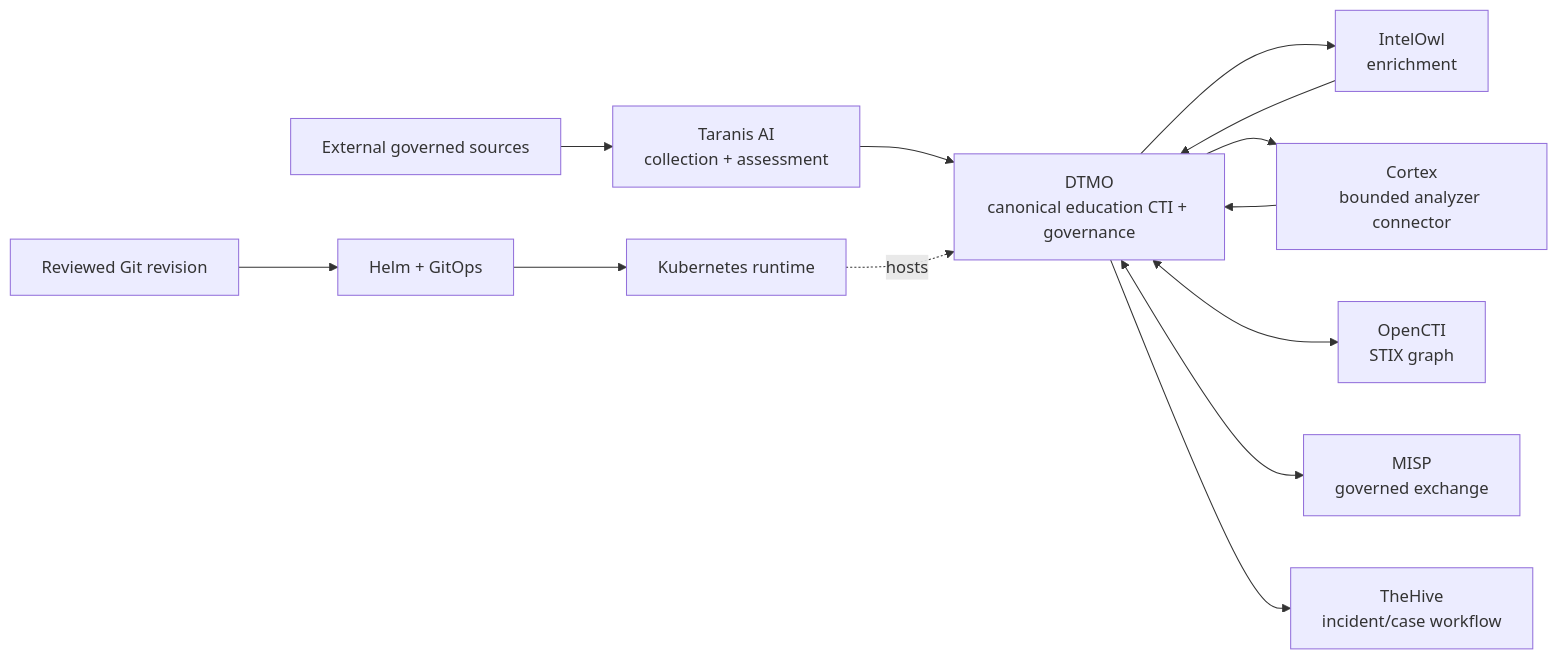
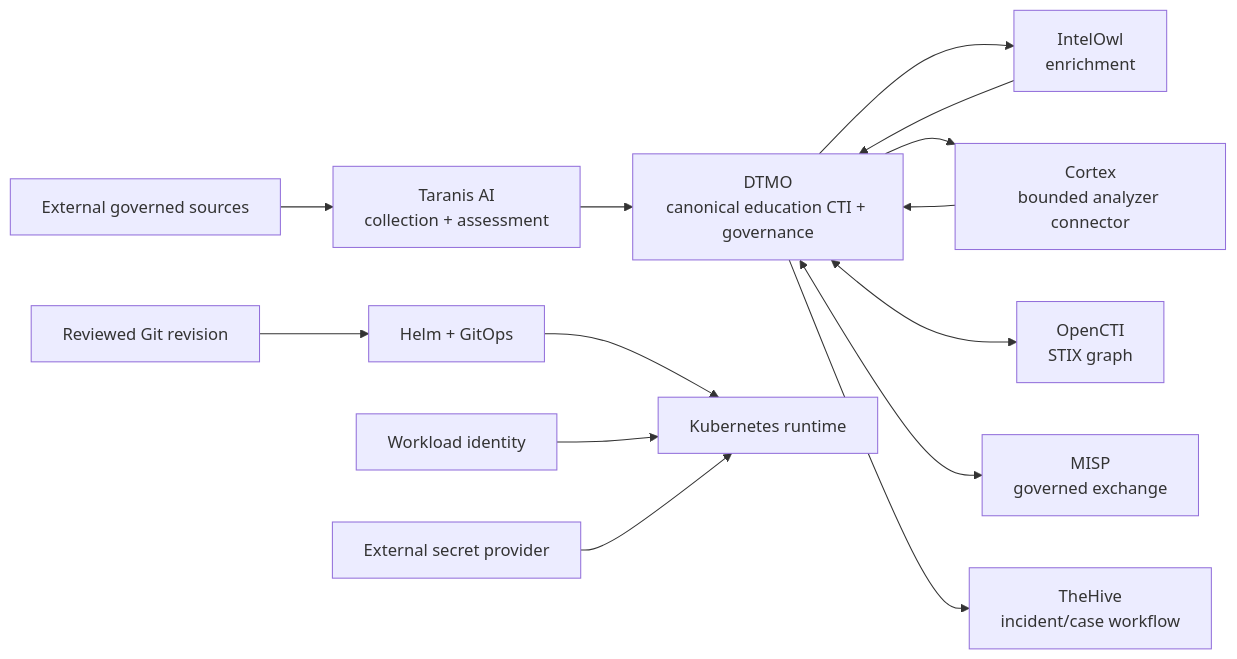
One commit to GJvManen/dtmo changed the first of 2 diagrams in docs/roadmap/PLATFORM_INDUSTRIALISATION_ROADMAP.md. Above: the diagram before and after it, drawn with Mermaid. The commit also changed other lines of this file, not shown here.

Commit message:
Phase 11.8b: advance runtime hardening roadmap

````diff
--- a/docs/roadmap/PLATFORM_INDUSTRIALISATION_ROADMAP.md
+++ b/docs/roadmap/PLATFORM_INDUSTRIALISATION_ROADMAP.md
@@ -14,15 +14,16 @@
 ```mermaid
 flowchart LR
     EXT[External governed sources] --> TAR[Taranis AI\ncollection + assessment]
     TAR --> DTMO[DTMO\ncanonical education CTI + governance]
     DTMO --> OWL[IntelOwl\nenrichment]
     OWL --> DTMO
     DTMO --> CTX[Cortex\nbounded analyzer connector]
     CTX --> DTMO
     DTMO <--> OCTI[OpenCTI\nSTIX graph]
     DTMO <--> MISP[MISP\ngoverned exchange]
     DTMO --> HIVE[TheHive\nincident/case workflow]
     GIT[Reviewed Git revision] --> HELM[Helm + GitOps]
     HELM --> K8S[Kubernetes runtime]
-    K8S -. hosts .-> DTMO
+    IAM[Workload identity] --> K8S
+    SEC[External secret provider] --> K8S
 ```
````
